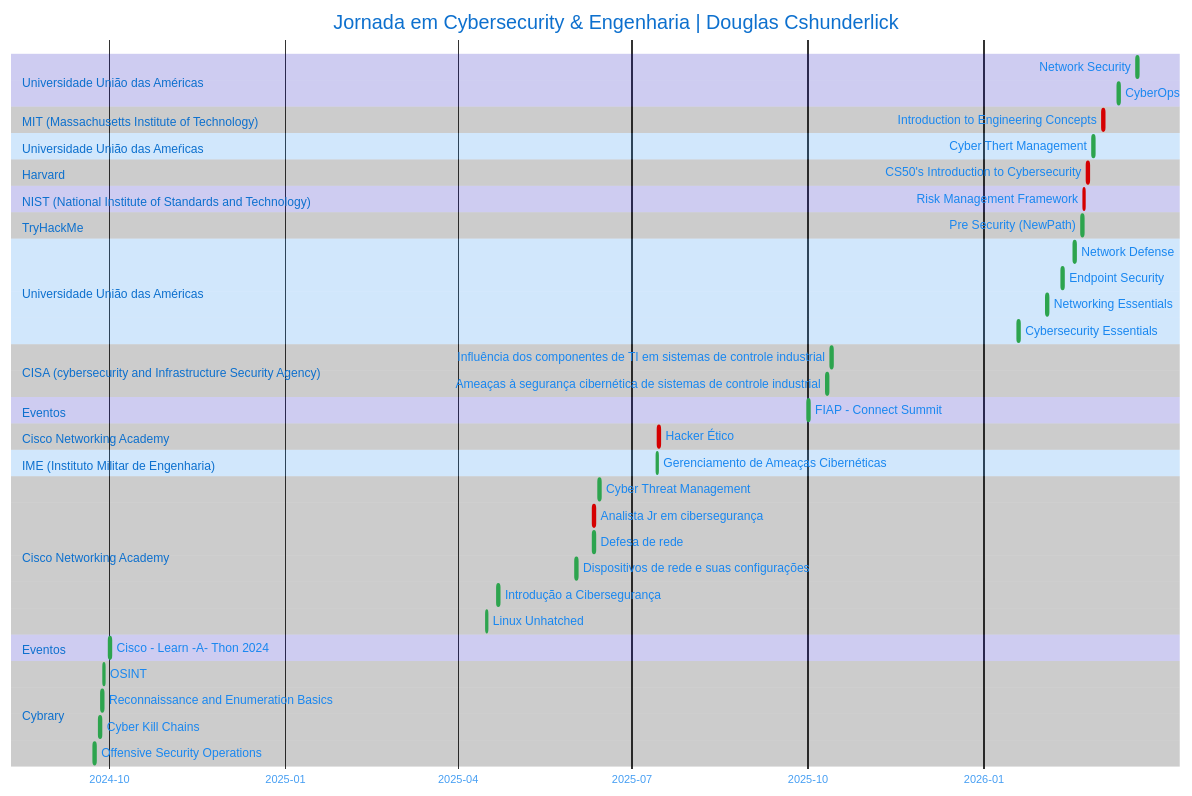
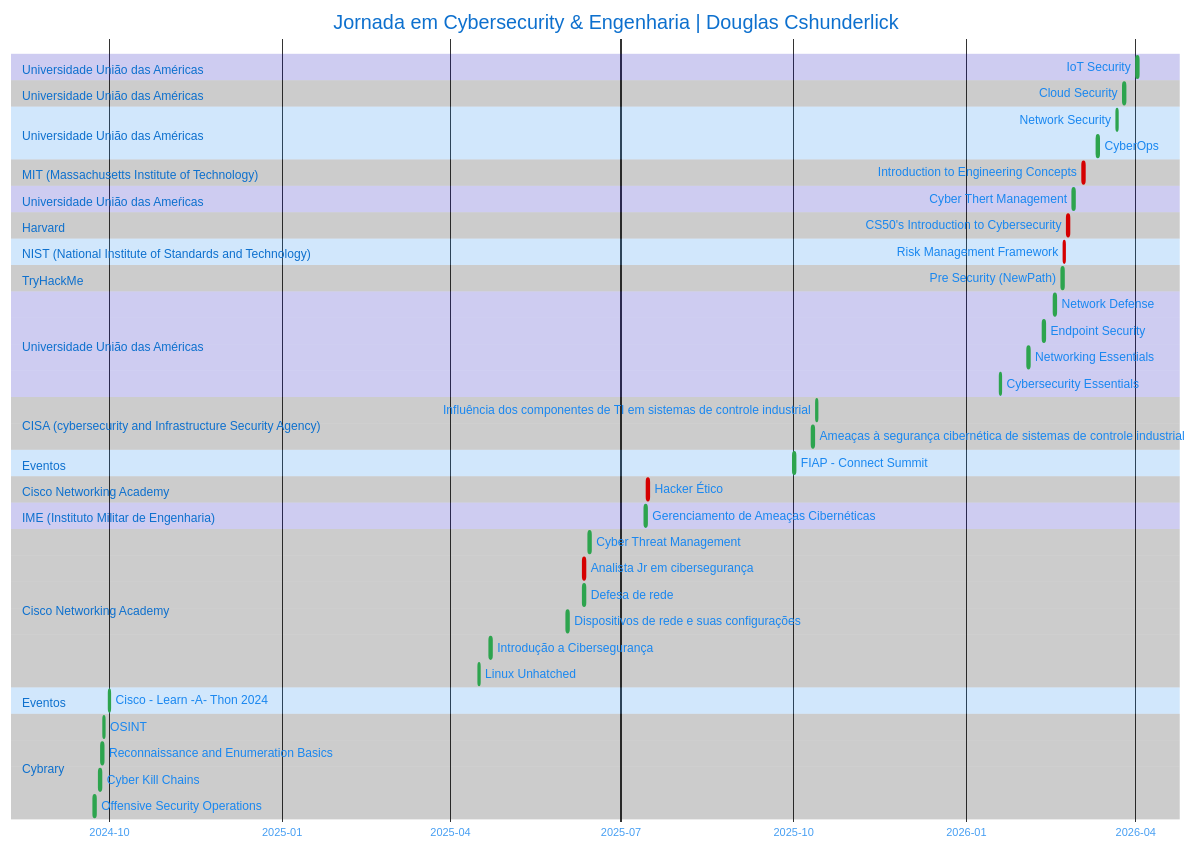
Before and after one commit to douglascshun/douglascshun: the diagram in README.md, drawn with Mermaid. The commit also changed other lines of this file, not shown here.

````diff
--- a/README.md
+++ b/README.md
@@ -643,77 +643,82 @@
 ```mermaid
 %%{ init: { 
   'theme': 'base',   
   'themeVariables': { 
     'primaryColor': '#1987F0',             
     'primaryTextColor': '#1987F0',         
     'sectionBkgColor': '#0E00B7',       
     'altSectionBkgColor': '#000000',       
     'doneTaskBorderColor': '#2da44e',
     'critBorderColor': '#d50000',
     'todayMarkerColor': '#000000'          
   } 
 } }%%
 gantt
     title Jornada em Cybersecurity & Engenharia | Douglas Cshunderlick
     dateFormat  YYYY-MM-DD
     axisFormat %Y-%m
 
-    
+    section Universidade União das Américas       
+    IoT Security                                                         :done, 2026-04-02, 1d
+
+    section Universidade União das Américas   
+    Cloud Security                                                       :done, 2026-03-26, 1d
+
     section Universidade União das Américas  
     Network Security                                                     :done, 2026-03-22, 1d
     
     section Universidade União das Américas  
     CyberOps                                                             :done, 2026-03-12, 1d
 
     section MIT (Massachusetts Institute of Technology)
     Introduction to Engineering Concepts                                 :crit, 2026-03-04, 1d
 
     section Universidade União das Ameŕicas 
     Cyber Thert Management                                               :done, 2026-02-27, 1d
 
     section Harvard
     CS50's Introduction to Cybersecurity                                 :crit, 2026-02-24, 1d
 
     section NIST (National Institute of Standards and Technology)
     Risk Management Framework                                            :crit, 2026-02-22, 1d
 
     section TryHackMe
     Pre Security (NewPath)                                               :done, 2026-02-21, 1d 
     
     section Universidade União das Américas
     Network Defense                                                      :done, 2026-02-17, 1d
     Endpoint Security                                                    :done, 2026-02-11, 1d
     Networking Essentials                                                :done, 2026-02-03, 1d
     Cybersecurity Essentials                                             :done, 2026-01-19, 1d
 
     section CISA (cybersecurity and Infrastructure Security Agency)
     Influência dos componentes de TI em sistemas de controle industrial  :done, 2025-10-13, 1d
     Ameaças à segurança cibernética de sistemas de controle industrial   :done, 2025-10-11, 1d  
 
     section Eventos
     FIAP - Connect Summit                                                :done, 2025-10, 1d
 
     section Cisco Networking Academy  
     Hacker Ético                                                         :crit, 2025-07-15, 1d
 
     section IME (Instituto Militar de Engenharia)
     Gerenciamento de Ameaças Cibernéticas                                :done, 2025-07-14, 1d
 
     section Cisco Networking Academy
     Cyber Threat Management                                              :done, 2025-06-14, 1d
     Analista Jr em cibersegurança                                        :crit, 2025-06-11, 1d
     Defesa de rede                                                       :done, 2025-06-11, 1d
     Dispositivos de rede e suas configurações                            :done, 2025-06-02, 1d
     Introdução a Cibersegurança                                          :done, 2025-04-22, 1d
     Linux Unhatched                                                      :done, 2025-04-16, 1d
 
     section Eventos 
     Cisco - Learn -A- Thon 2024                                          :done, 2024-10, 1d
 
 
     section Cybrary
     OSINT                                                                :done, 2024-09-28, 1d
     Reconnaissance and Enumeration Basics                                :done, 2024-09-27, 1d
     Cyber Kill Chains                                                    :done, 2024-09-26, 1d
     Offensive Security Operations                                        :done, 2024-09-23, 1d
 ```
````
